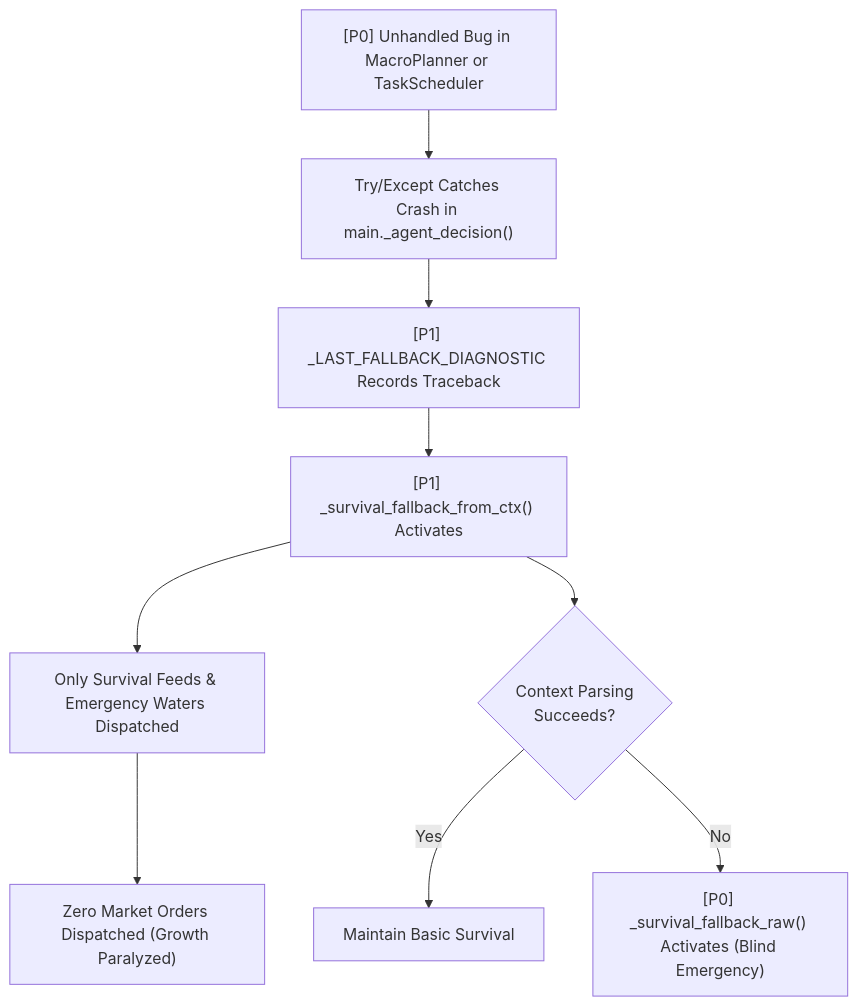
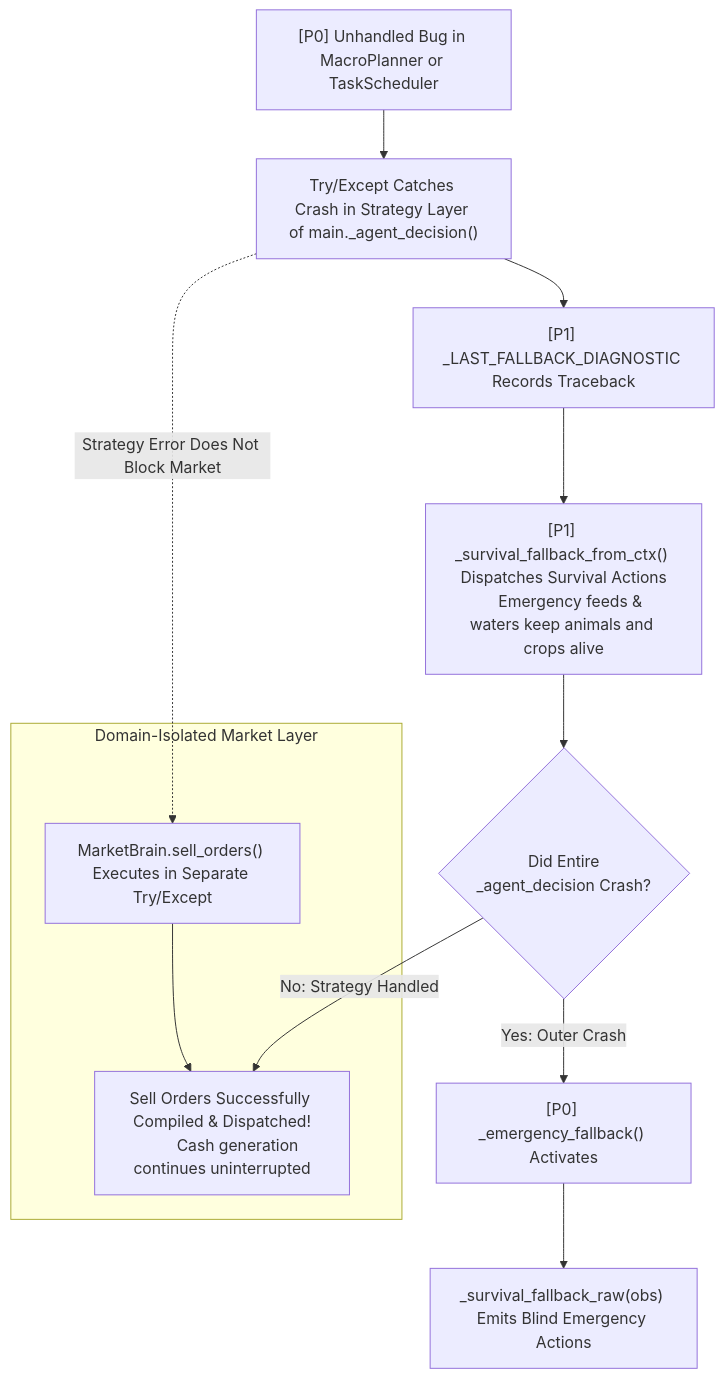
Before and after one commit to aaryasj0310-stack/farm: the tenth of 10 diagrams in architecture/failure_propagation.md, drawn with Mermaid. The commit also changed other lines of this file and 242 other files, not shown here.

Commit message:
feat: generalized price-protected drip selling, ongoing crop survival watering, and bounded opponent market inference

````diff
--- a/architecture/failure_propagation.md
+++ b/architecture/failure_propagation.md
@@ -204,18 +255,25 @@
 ```mermaid
 flowchart TD
     F1["[P0] Unhandled Bug in MacroPlanner or TaskScheduler"]
-    F2["Try/Except Catches Crash in main._agent_decision()"]
+    F2["Try/Except Catches Crash in Strategy Layer of main._agent_decision()"]
     F3["[P1] _LAST_FALLBACK_DIAGNOSTIC Records Traceback"]
-    F4["[P1] _survival_fallback_from_ctx() Activates"]
-    F5["Only Survival Feeds & Emergency Waters Dispatched"]
-    F6["Zero Market Orders Dispatched (Growth Paralyzed)"]
-    F7{"Context Parsing
-    Succeeds?"}
-    F8["Maintain Basic Survival"]
-    F9["[P0] _survival_fallback_raw() Activates (Blind Emergency)"]
+    F4["[P1] _survival_fallback_from_ctx() Dispatches Survival Actions
+    Emergency feeds & waters keep animals and crops alive"]
 
-    F1 --> F2 --> F3 --> F4 --> F5 --> F6
-    F4 --> F7
-    F7 -->|Yes| F8
-    F7 -->|No| F9
+    subgraph ISOLATED_MARKET["Domain-Isolated Market Layer"]
+        M1["MarketBrain.sell_orders() Executes in Separate Try/Except"]
+        M2["Sell Orders Successfully Compiled & Dispatched!
+        Cash generation continues uninterrupted"]
+    end
+
+    F5{"Did Entire
+    _agent_decision Crash?"}
+    F6["[P0] _emergency_fallback() Activates"]
+    F7["_survival_fallback_raw(obs) Emits Blind Emergency Actions"]
+
+    F1 --> F2 --> F3 --> F4
+    F2 -.->|Strategy Error Does Not Block Market| M1 --> M2
+    F4 --> F5
+    F5 -->|Yes: Outer Crash| F6 --> F7
+    F5 -->|No: Strategy Handled| M2
 ```
````
